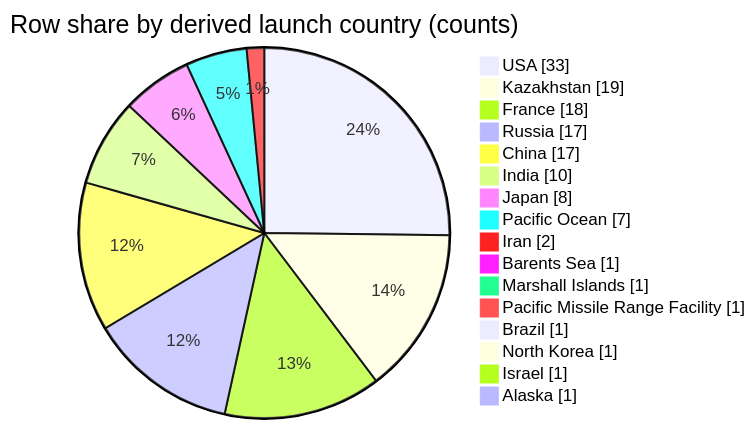
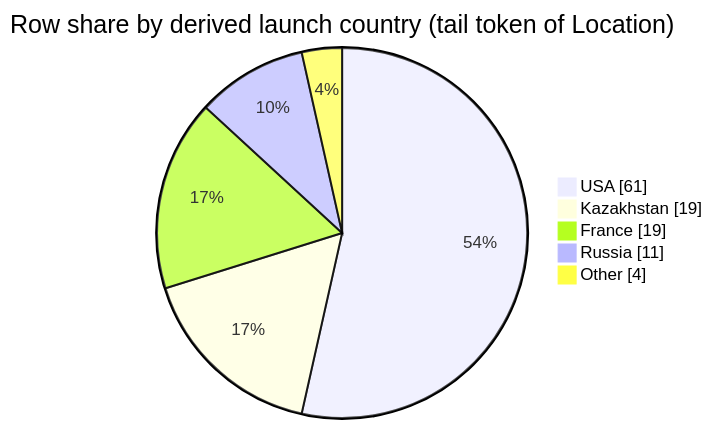
One commit to AntonRyzhkou1988/prompt-engineering changed the diagram in answers/question_space_missions_location_country_share.md. Above: the diagram before and after it, drawn with Mermaid. The commit also changed other lines of this file and 2 other files, not shown here.

````diff
--- a/answers/question_space_missions_location_country_share.md
+++ b/answers/question_space_missions_location_country_share.md
@@ -55,20 +53,9 @@
 ```mermaid
 pie showData
-    title Row share by derived launch country (counts)
-    "USA" : 33
+    title Row share by derived launch country (tail token of Location)
+    "USA" : 61
     "Kazakhstan" : 19
-    "France" : 18
-    "Russia" : 17
-    "China" : 17
-    "India" : 10
-    "Japan" : 8
-    "Pacific Ocean" : 7
-    "Iran" : 2
-    "Barents Sea" : 1
-    "Marshall Islands" : 1
-    "Pacific Missile Range Facility" : 1
-    "Brazil" : 1
-    "North Korea" : 1
-    "Israel" : 1
-    "Alaska" : 1
+    "France" : 19
+    "Russia" : 11
+    "Other" : 4
 ```
````
